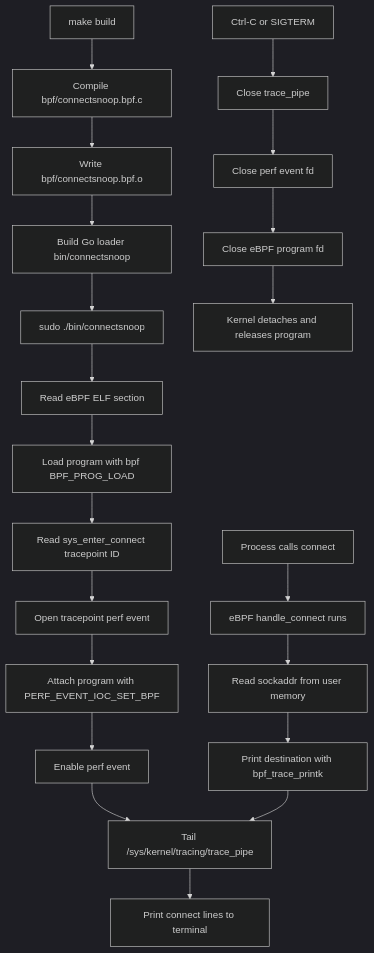
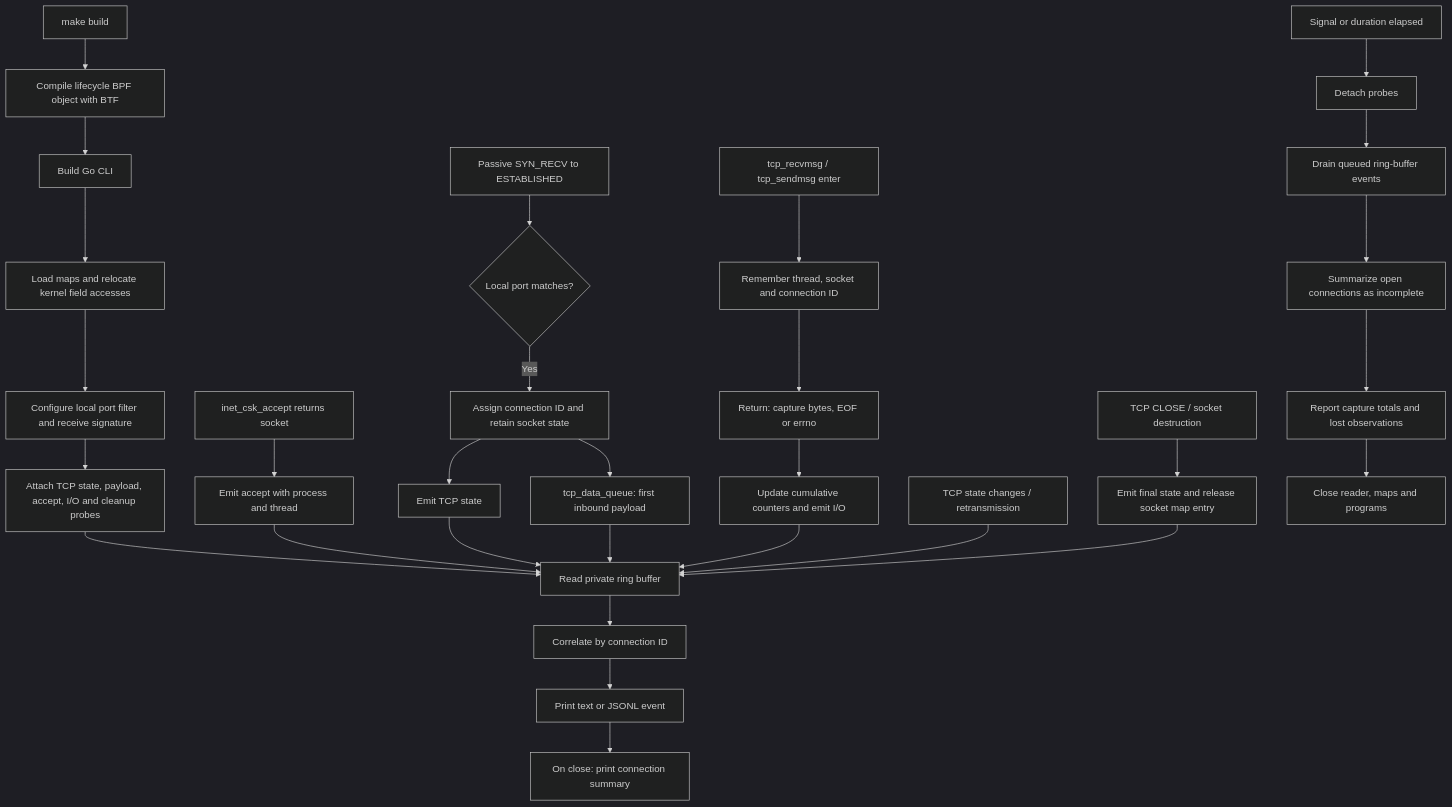
One commit to SuperALKALINEdroiD/eBPF-demo changed the first of 2 diagrams in LIFECYCLE.md. Above: the diagram before and after it, drawn with Mermaid (dark theme). The commit also changed other lines of this file and 16 other files, not shown here.

````diff
--- a/LIFECYCLE.md
+++ b/LIFECYCLE.md
@@ -3,26 +5,35 @@
 ```mermaid
 flowchart TD
-    A[make build] --> B[Compile bpf/connectsnoop.bpf.c]
-    B --> C[Write bpf/connectsnoop.bpf.o]
-    C --> D[Build Go loader bin/connectsnoop]
-    D --> E[sudo ./bin/connectsnoop]
+    A[make build] --> B[Compile lifecycle BPF object with BTF]
+    B --> C[Build Go CLI]
+    C --> D[Load maps and relocate kernel field accesses]
+    D --> E[Configure local port filter and receive signature]
+    E --> F[Attach TCP state, payload, accept, I/O and cleanup probes]
+    F --> G[Read private ring buffer]
 
-    E --> F[Read eBPF ELF section]
-    F --> G[Load program with bpf BPF_PROG_LOAD]
-    G --> H[Read sys_enter_connect tracepoint ID]
-    H --> I[Open tracepoint perf event]
-    I --> J[Attach program with PERF_EVENT_IOC_SET_BPF]
-    J --> K[Enable perf event]
+    H[Passive SYN_RECV to ESTABLISHED] --> I{Local port matches?}
+    I -->|Yes| J[Assign connection ID and retain socket state]
+    J --> K[Emit TCP state]
+    L[inet_csk_accept returns socket] --> M[Emit accept with process and thread]
+    M --> G
+    K --> G
+    J --> D1[tcp_data_queue: first inbound payload]
+    D1 --> G
+    N[tcp_recvmsg / tcp_sendmsg enter] --> O[Remember thread, socket and connection ID]
+    O --> P[Return: capture bytes, EOF or errno]
+    P --> Q[Update cumulative counters and emit I/O]
+    Q --> G
+    R[TCP state changes / retransmission] --> G
+    S[TCP CLOSE / socket destruction] --> T[Emit final state and release socket map entry]
+    T --> G
 
-    K --> L[Tail /sys/kernel/tracing/trace_pipe]
-    M[Process calls connect] --> N[eBPF handle_connect runs]
-    N --> O[Read sockaddr from user memory]
-    O --> P[Print destination with bpf_trace_printk]
-    P --> L
-    L --> Q[Print connect lines to terminal]
+    G --> U[Correlate by connection ID]
+    U --> V[Print text or JSONL event]
+    V --> W[On close: print connection summary]
 
-    R[Ctrl-C or SIGTERM] --> S[Close trace_pipe]
-    S --> T[Close perf event fd]
-    T --> U[Close eBPF program fd]
-    U --> V[Kernel detaches and releases program]
+    X[Signal or duration elapsed] --> Y[Detach probes]
+    Y --> Z[Drain queued ring-buffer events]
+    Z --> AA[Summarize open connections as incomplete]
+    AA --> AB[Report capture totals and lost observations]
+    AB --> AC[Close reader, maps and programs]
 ```
````
